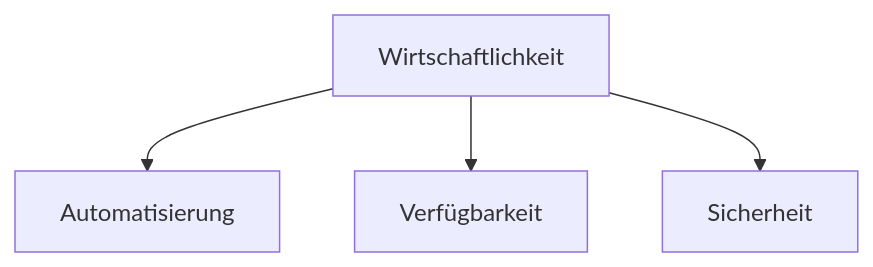
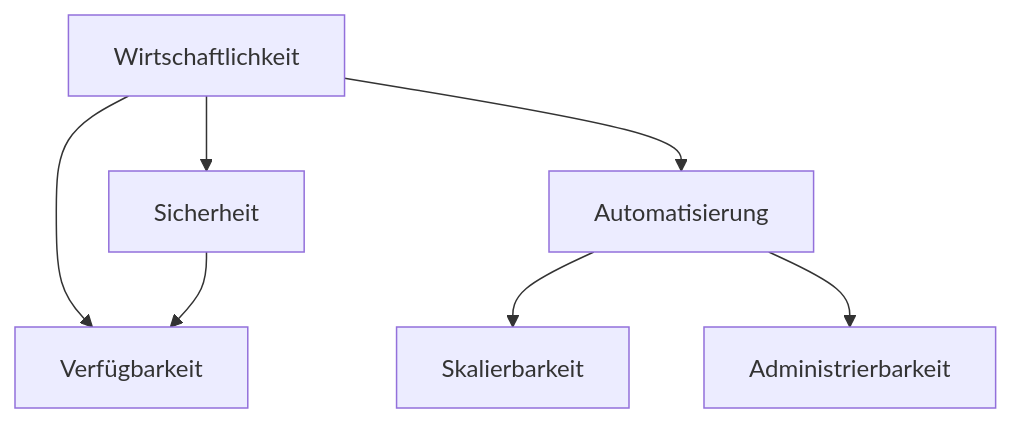
The diagram in src/wirtschaftlichkeit.md (johannesloetzsch/LF10b), drawn with Mermaid before and after one commit. The commit also changed 6 other files, not shown here.

````diff
--- a/src/wirtschaftlichkeit.md
+++ b/src/wirtschaftlichkeit.md
@@ -3,6 +3,9 @@
 ```mermaid
 flowchart TB
-  Wirtschaftlichkeit --> Automatisierung
   Wirtschaftlichkeit --> Verfügbarkeit
   Wirtschaftlichkeit --> Sicherheit
+  Sicherheit --> Verfügbarkeit
+  Wirtschaftlichkeit --> Automatisierung
+  Automatisierung --> Skalierbarkeit
+  Automatisierung --> Administrierbarkeit
 ```
````
